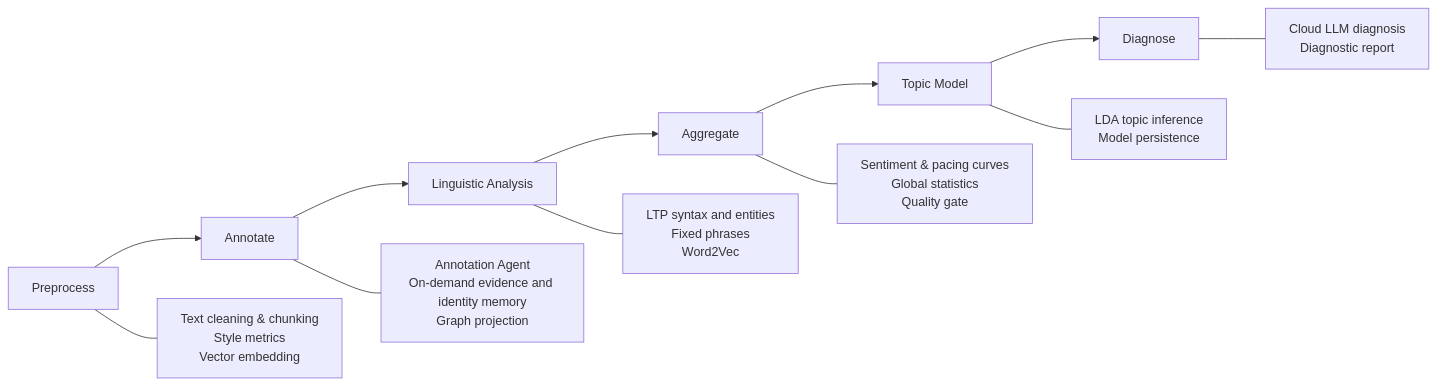
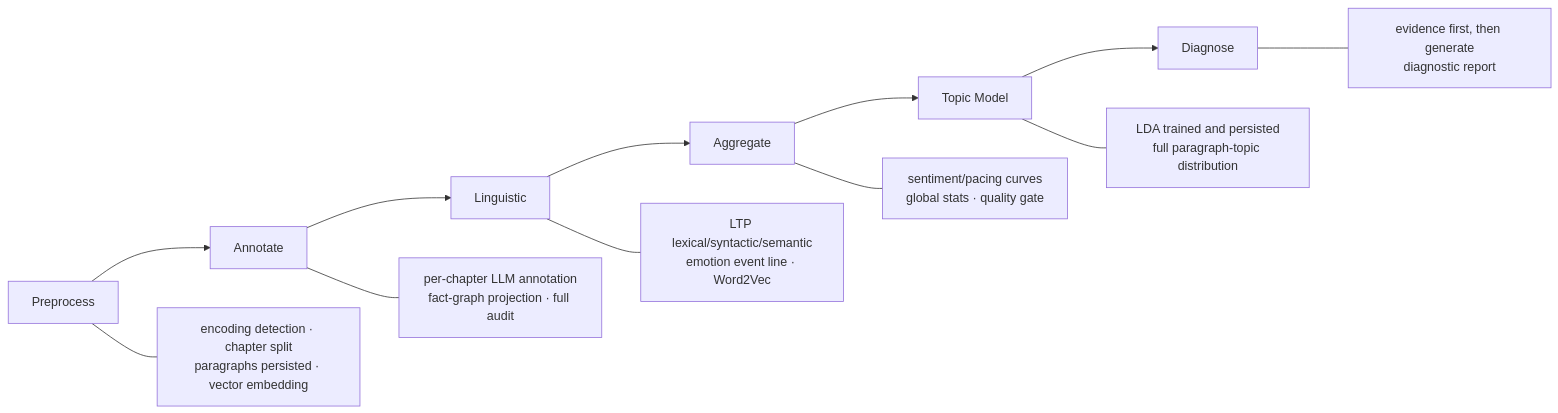
The diagram in README_EN.md (famameilin/NovelIQ), drawn with Mermaid before and after one commit. The commit also changed other lines of this file, not shown here.

````diff
--- a/README_EN.md
+++ b/README_EN.md
@@ -206,15 +91,10 @@
 ```mermaid
 flowchart LR
-    A[Preprocess] --> B[Annotate]
-    B --> C[Linguistic Analysis]
-    C --> D[Aggregate]
-    D --> E[Topic Model]
-    E --> F[Diagnose]
-
-    A --- A1[Text cleaning & chunking\nStyle metrics\nVector embedding]
-    B --- B1[Annotation Agent\nOn-demand evidence and identity memory\nGraph projection]
-    C --- C1[LTP syntax and entities\nFixed phrases\nWord2Vec]
-    D --- D1[Sentiment & pacing curves\nGlobal statistics\nQuality gate]
-    E --- E1[LDA topic inference\nModel persistence]
-    F --- F1[Cloud LLM diagnosis\nDiagnostic report]
+    A[Preprocess] --> B[Annotate] --> C[Linguistic] --> D[Aggregate] --> E[Topic Model] --> F[Diagnose]
+    A --- A1["encoding detection · chapter split\nparagraphs persisted · vector embedding"]
+    B --- B1["per-chapter LLM annotation\nfact-graph projection · full audit"]
+    C --- C1["LTP lexical/syntactic/semantic\nemotion event line · Word2Vec"]
+    D --- D1["sentiment/pacing curves\nglobal stats · quality gate"]
+    E --- E1["LDA trained and persisted\nfull paragraph-topic distribution"]
+    F --- F1["evidence first, then generate\ndiagnostic report"]
 ```
````
